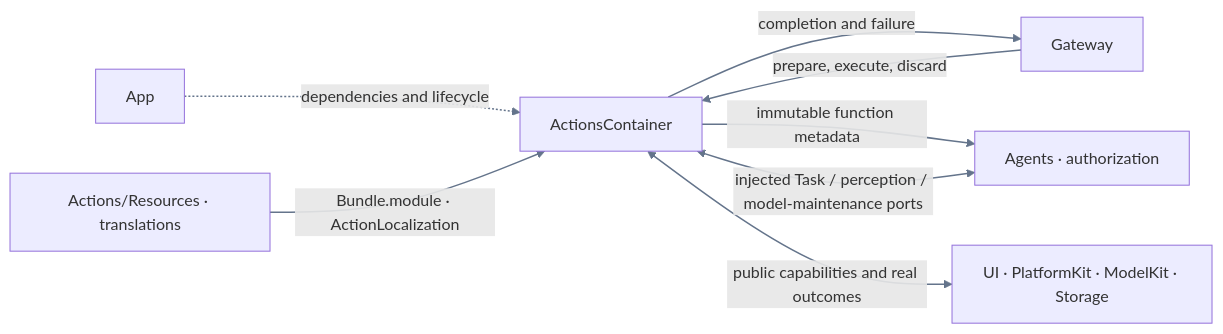
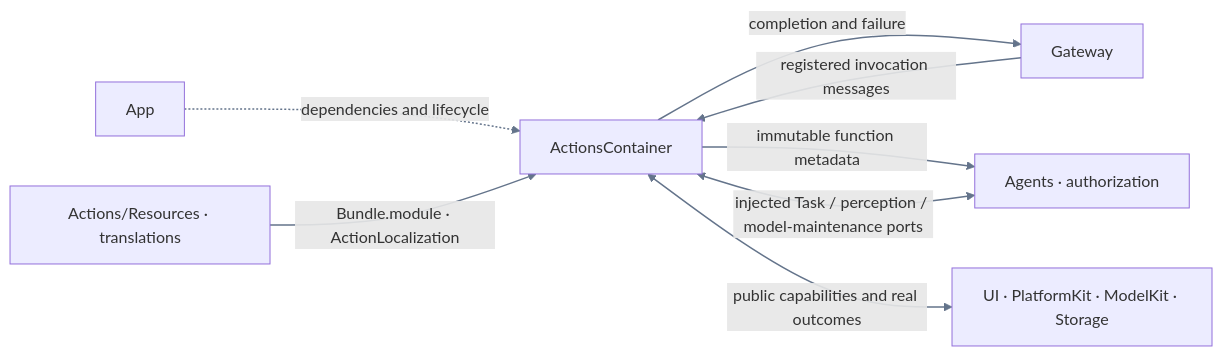
Before and after one commit to devilyouwei/MobileHarness: the first of 2 diagrams in MobileHarness/Actions/README.md, drawn with Mermaid. The commit also changed other lines of this file and 97 other files, not shown here.

````diff
--- a/MobileHarness/Actions/README.md
+++ b/MobileHarness/Actions/README.md
@@ -13,11 +13,11 @@
 ```mermaid
 flowchart LR
     App["App"] -.->|dependencies and lifecycle| X["ActionsContainer"]
-    G["Gateway"] -->|prepare, execute, discard| X
+    G["Gateway"] -->|registered invocation messages| X
     X -->|completion and failure| G
     X -->|immutable function metadata| C["Agents · authorization"]
     X <-->|injected Task / perception / model-maintenance ports| C
     X <-->|public capabilities and real outcomes| F["UI · PlatformKit · ModelKit · Storage"]
     R["Actions/Resources · translations"] -->|Bundle.module · ActionLocalization| X
     linkStyle default stroke:#64748b,stroke-width:1.5px
 ```
````
